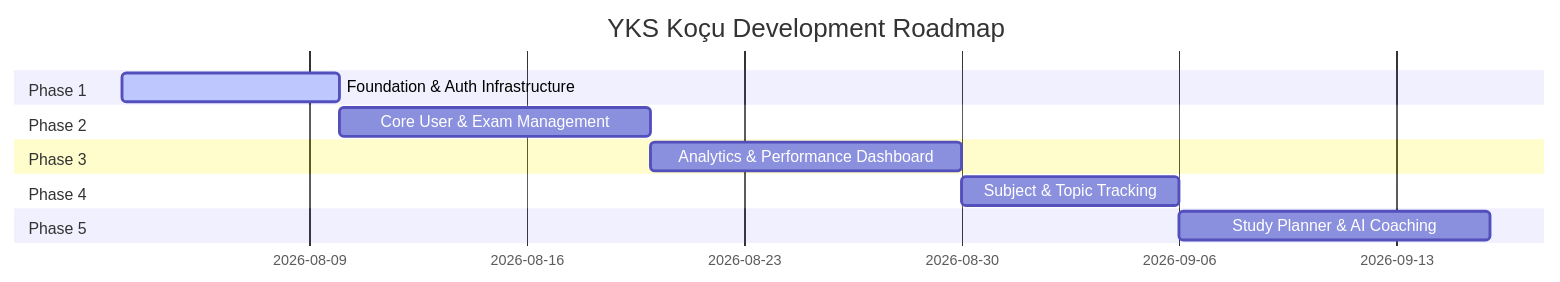
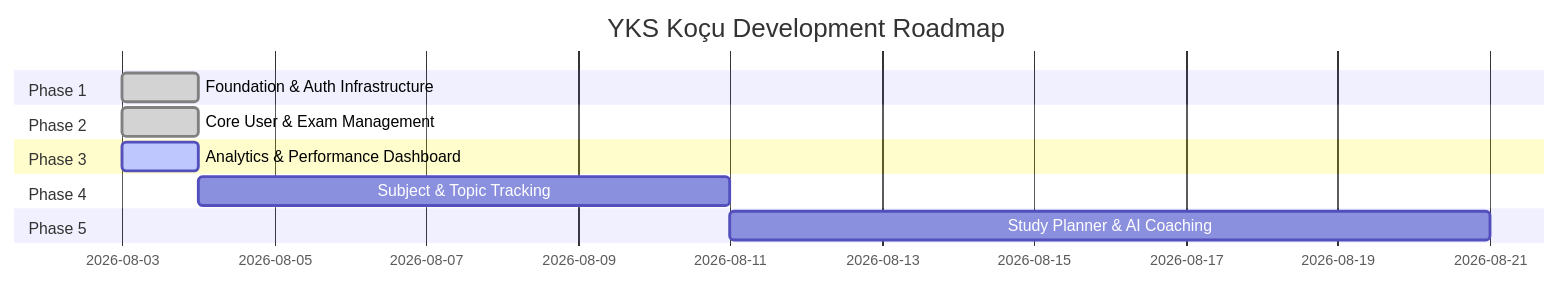
One commit to emreergunnn-cloud/yks-kocu changed the diagram in docs/ROADMAP.md. Above: the diagram before and after it, drawn with Mermaid. The commit also changed other lines of this file and 11 other files, not shown here.

Commit message:
feat: phase 3 analytics dashboard

````diff
--- a/docs/ROADMAP.md
+++ b/docs/ROADMAP.md
@@ -7,15 +7,15 @@
 ```mermaid
 gantt
     title YKS Koçu Development Roadmap
     dateFormat  YYYY-MM-DD
     section Phase 1
-    Foundation & Auth Infrastructure :active, p1, 2026-08-03, 7d
+    Foundation & Auth Infrastructure :done, p1, 2026-08-03, 1d
     section Phase 2
-    Core User & Exam Management      :p2, after p1, 10d
+    Core User & Exam Management      :done, p2, 2026-08-03, 1d
     section Phase 3
-    Analytics & Performance Dashboard:p3, after p2, 10d
+    Analytics & Performance Dashboard:active, p3, 2026-08-03, 1d
     section Phase 4
     Subject & Topic Tracking         :p4, after p3, 7d
     section Phase 5
     Study Planner & AI Coaching      :p5, after p4, 10d
 ```
````
